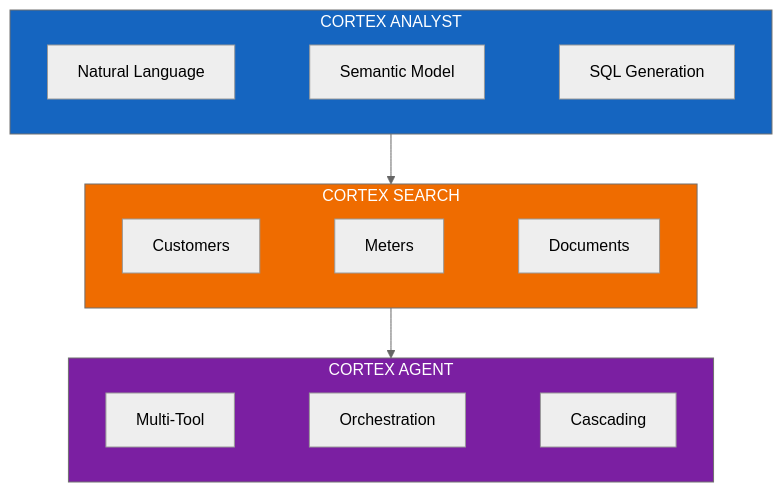
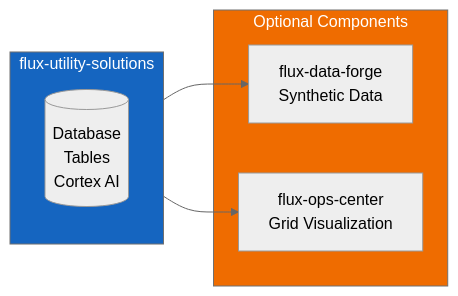
The second of 2 diagrams in README.md (sfc-gh-abannerjee/flux-utility-solutions), drawn with Mermaid (neutral theme) before and after one commit. The commit also changed other lines of this file, not shown here.

First line of the commit message:
Restructure README for better top-to-bottom flow

````diff
--- a/README.md
+++ b/README.md
@@ -209,20 +100,17 @@
 ```mermaid
-flowchart TB
-    subgraph Analyst["CORTEX ANALYST"]
-        A1["Natural Language"] ~~~ A2["Semantic Model"] ~~~ A3["SQL Generation"]
+flowchart LR
+    subgraph Core["flux-utility-solutions"]
+        C1[("Database<br/>Tables<br/>Cortex AI")]
     end
     
-    subgraph Search["CORTEX SEARCH"]
-        S1["Customers"] ~~~ S2["Meters"] ~~~ S3["Documents"]
+    subgraph Optional["Optional Components"]
+        O1["flux-data-forge<br/>Synthetic Data"]
+        O2["flux-ops-center<br/>Grid Visualization"]
     end
     
-    subgraph Agent["CORTEX AGENT"]
-        G1["Multi-Tool"] ~~~ G2["Orchestration"] ~~~ G3["Cascading"]
-    end
+    Core --> O1
+    Core --> O2
     
-    Analyst --> Search --> Agent
-    
-    style Analyst fill:#1565c0,color:#fff
-    style Search fill:#ef6c00,color:#fff
-    style Agent fill:#7b1fa2,color:#fff
+    style Core fill:#1565c0,color:#fff
+    style Optional fill:#ef6c00,color:#fff
 ```
````
